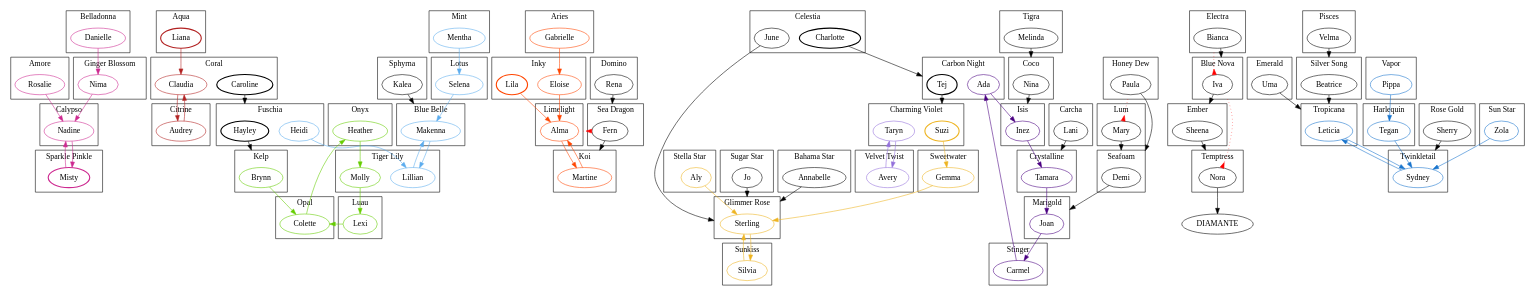
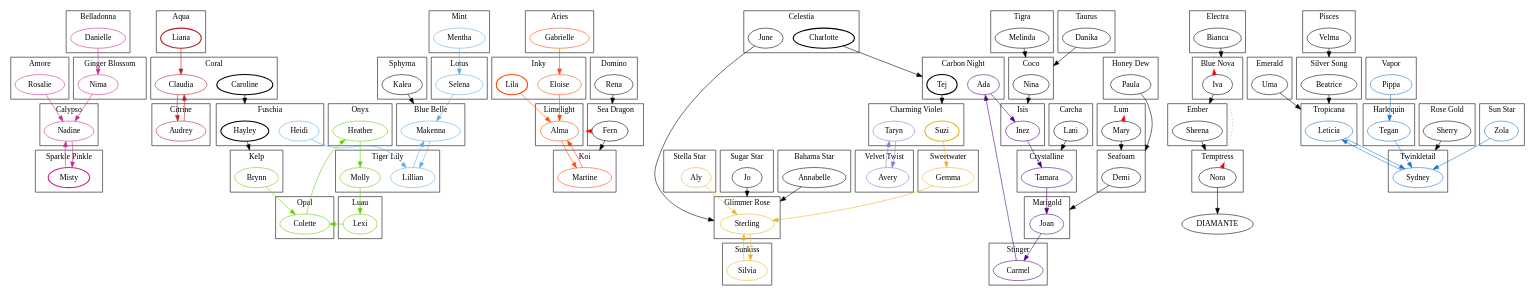
The diagram in Mermaids.dot (besslwalker/crowdstar-graphs), drawn with Graphviz before and after one commit.

Commit message:
Added Taurus mermaid.

```diff
--- a/Mermaids.dot
+++ b/Mermaids.dot
@@ -316,6 +316,12 @@
     }
     Gemma -> Sterling [color = goldenrod2];
     
+    subgraph clusterTaurus {
+        label = Taurus;
+        Danika;
+    }
+    Danika -> Nina [lhead = clusterCoco];
+    
     subgraph clusterTemptress {
         label = Temptress;
         Nora;
```
